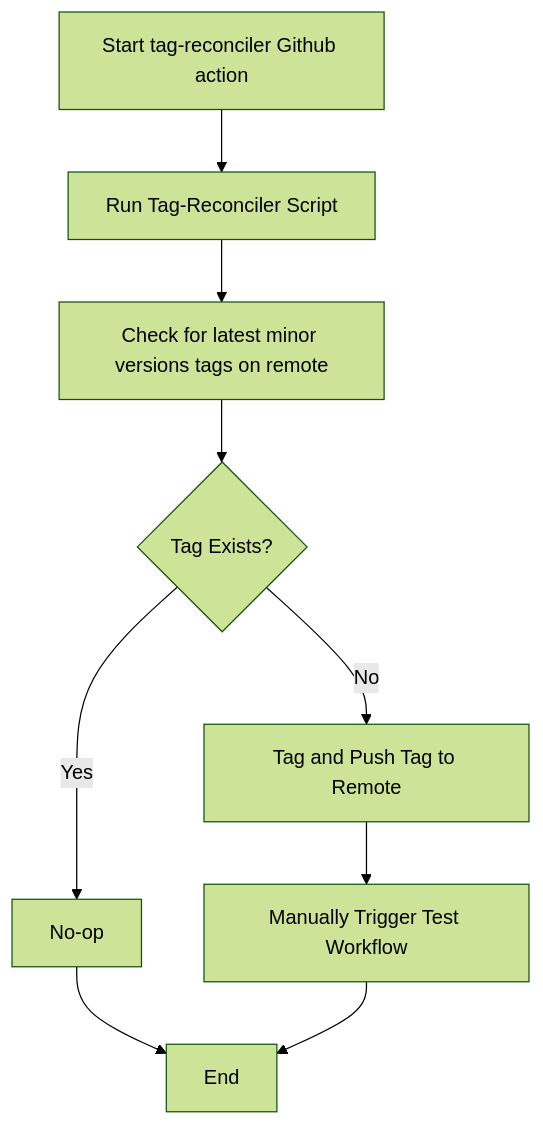
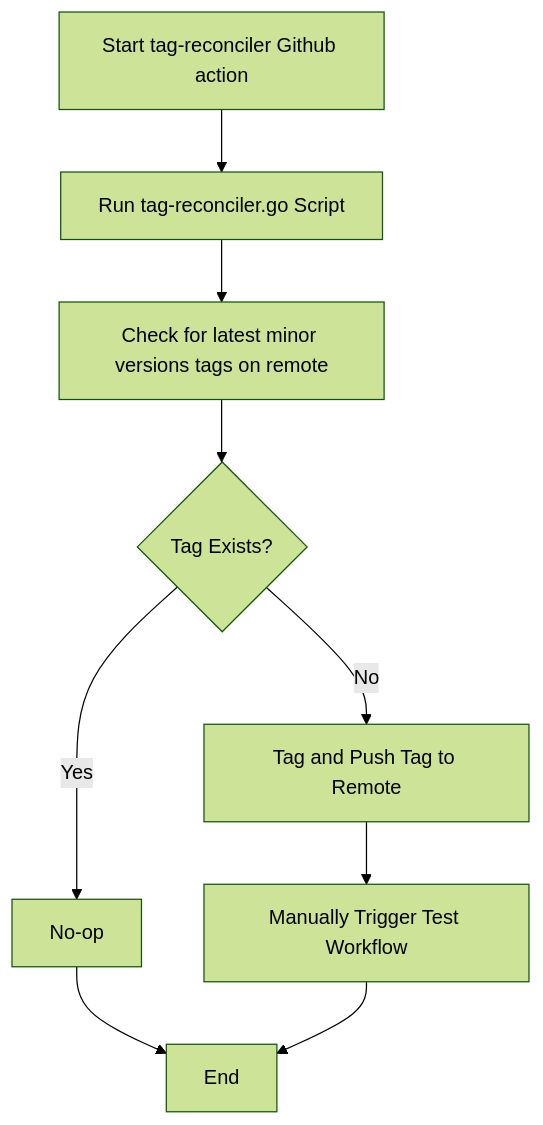
One commit to cri-o/cri-o changed the third of 3 diagrams in scripts/automated-patch-releases.md. Above: the diagram before and after it, drawn with Mermaid (forest theme).

````diff
--- a/scripts/automated-patch-releases.md
+++ b/scripts/automated-patch-releases.md
@@ -40,10 +40,10 @@
 ```mermaid
     flowchart TD
-        A[Start tag-reconciler Github action] --> B[Run Tag-Reconciler Script]
+        A[Start tag-reconciler Github action] --> B[Run tag-reconciler.go Script]
         --> C[Check for latest minor versions tags on remote]
         C --> D{Tag Exists?}
         D -->|Yes| E[No-op] --> H
         D -->|No| F[Tag and Push Tag to Remote]
         F--> G[Manually Trigger Test Workflow]
         G--> H[End]
 ```
````
